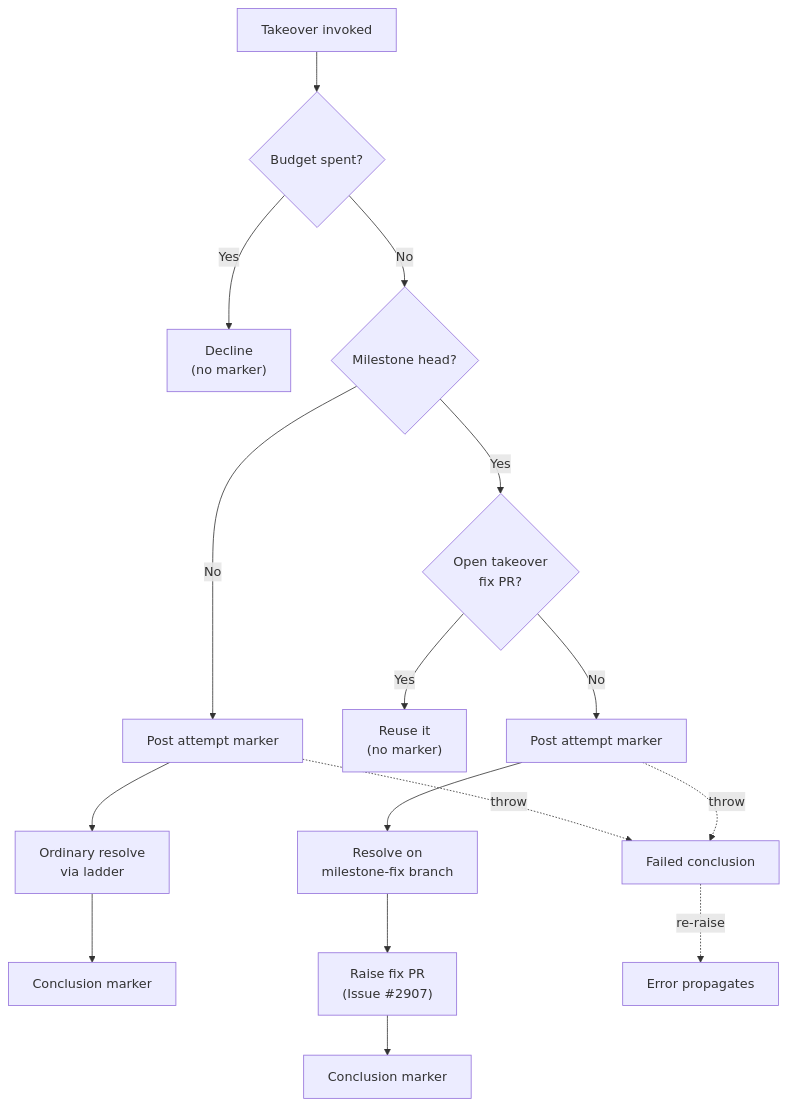
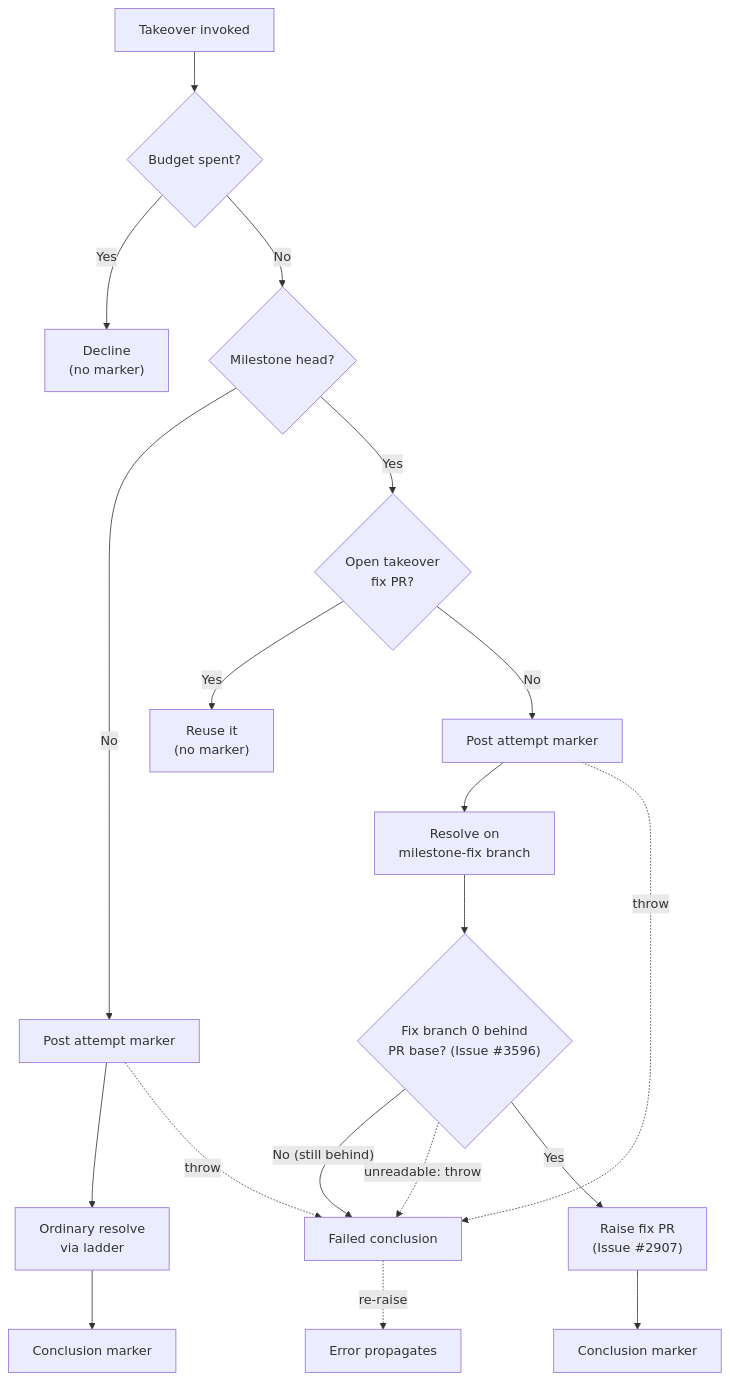
Before and after one commit to stSoftwareAU/VibeCoder: the fourth of 9 diagrams in docs/workflows/merge-conflicts.md, drawn with Mermaid. The commit also changed other lines of this file and 11 other files, not shown here.

````diff
--- a/docs/workflows/merge-conflicts.md
+++ b/docs/workflows/merge-conflicts.md
@@ -560,18 +567,21 @@
 ```mermaid
 flowchart TD
     A[Takeover invoked] --> B{"Budget spent?"}
     B -- "Yes" --> C["Decline<br/>(no marker)"]
     B -- "No" --> D{"Milestone head?"}
     D -- "No" --> E[Post attempt marker]
     E --> F[Ordinary resolve<br/>via ladder]
     F --> G[Conclusion marker]
     D -- "Yes" --> H{"Open takeover<br/>fix PR?"}
     H -- "Yes" --> I["Reuse it<br/>(no marker)"]
     H -- "No" --> J[Post attempt marker]
     J --> K[Resolve on<br/>milestone-fix branch]
-    K --> L["Raise fix PR<br/>(Issue #2907)"]
+    K --> Q{"Fix branch 0 behind<br/>PR base? (Issue #3596)"}
+    Q -- "No (still behind)" --> N
+    Q -. "unreadable: throw" .-> N
+    Q -- "Yes" --> L["Raise fix PR<br/>(Issue #2907)"]
     L --> M[Conclusion marker]
     E -. "throw" .-> N["Failed conclusion"]
     N -. "re-raise" .-> O[Error propagates]
     J -. "throw" .-> N
 ```
````
